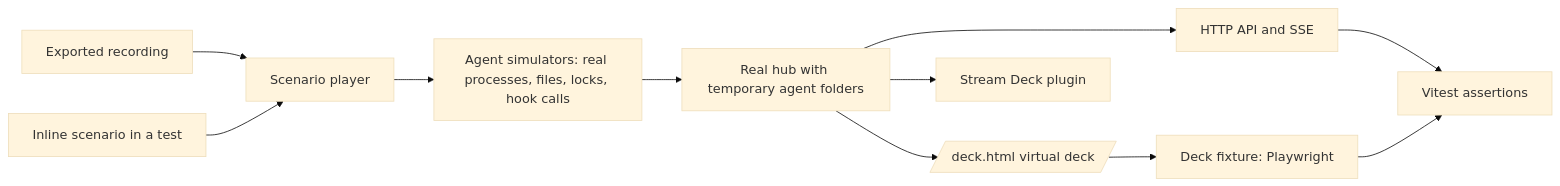
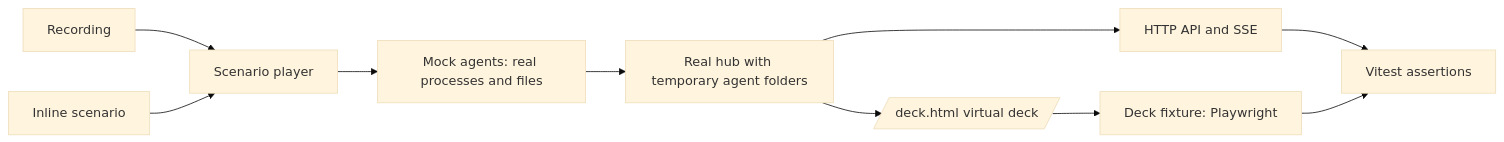
One commit to zenwork/ai-ai-captain changed the diagram in test-harness.md. Above: the diagram before and after it, drawn with Mermaid (base theme). The commit also changed other lines of this file and 32 other files, not shown here.

````diff
--- a/test-harness.md
+++ b/test-harness.md
@@ -60,13 +303,12 @@
 ```mermaid
 flowchart LR
-    R[Exported recording] --> P[Scenario player]
-    I[Inline scenario in a test] --> P
-    P --> S[Agent simulators: real processes, files, locks, hook calls]
+    R[Recording] --> P[Scenario player]
+    I[Inline scenario] --> P
+    P --> S[Mock agents: real processes and files]
     S --> H[Real hub with temporary agent folders]
     H --> API[HTTP API and SSE]
     H --> D[/deck.html virtual deck/]
-    H --> SD[Stream Deck plugin]
     API --> T[Vitest assertions]
     D --> F[Deck fixture: Playwright]
     F --> T
 ```
````
